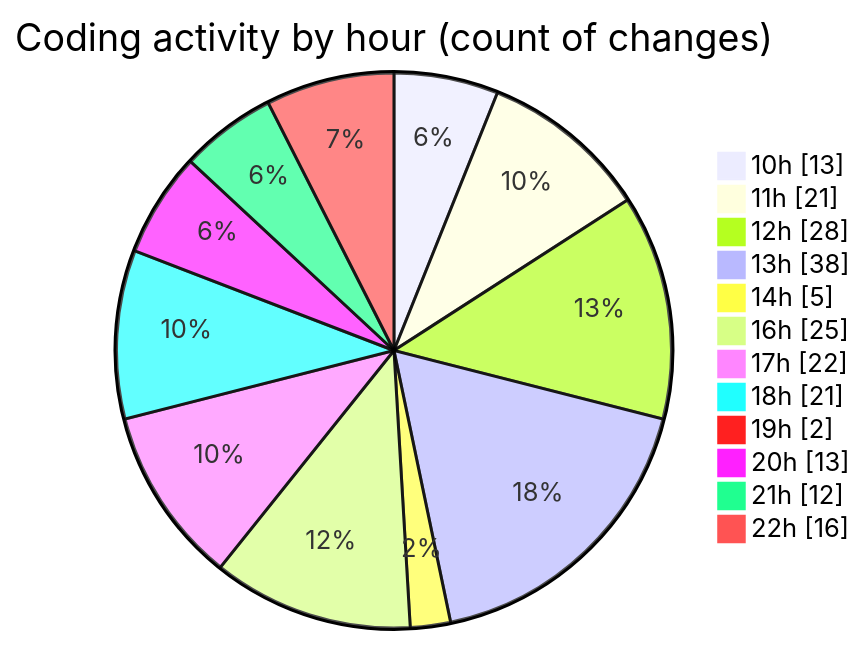
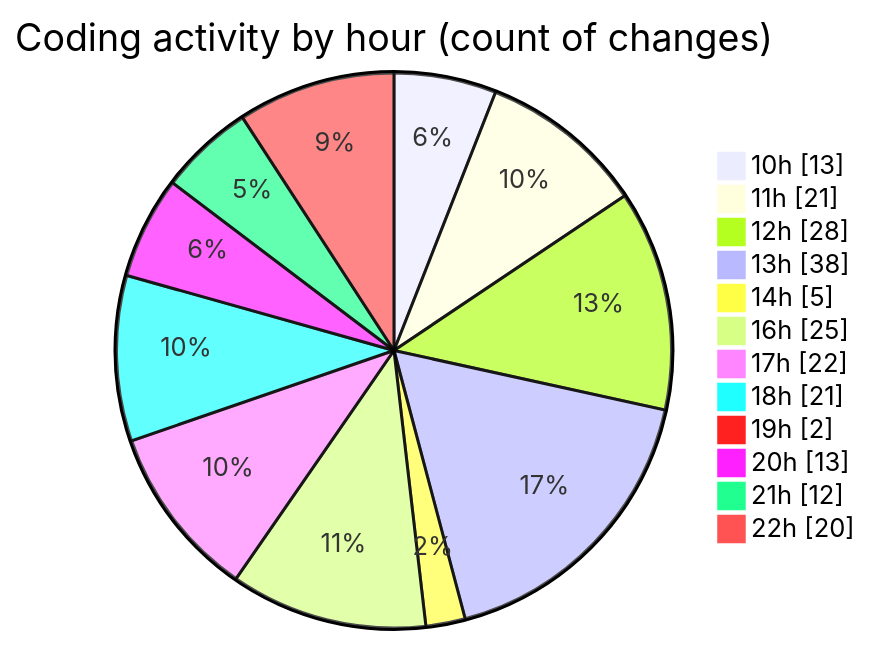
The second of 2 diagrams in 2025-06-19/cda/README.md (momahboobian/code-tracking), drawn with Mermaid before and after one commit. The commit also changed other lines of this file and 1 other file, not shown here.

````diff
--- a/2025-06-19/cda/README.md
+++ b/2025-06-19/cda/README.md
@@ -50,16 +53,16 @@
 ```mermaid
 pie showData
 title Coding activity by hour (count of changes)
 "10h" : 13
 "11h" : 21
 "12h" : 28
 "13h" : 38
 "14h" : 5
 "16h" : 25
 "17h" : 22
 "18h" : 21
 "19h" : 2
 "20h" : 13
 "21h" : 12
-"22h" : 16
+"22h" : 20
 ```
````
